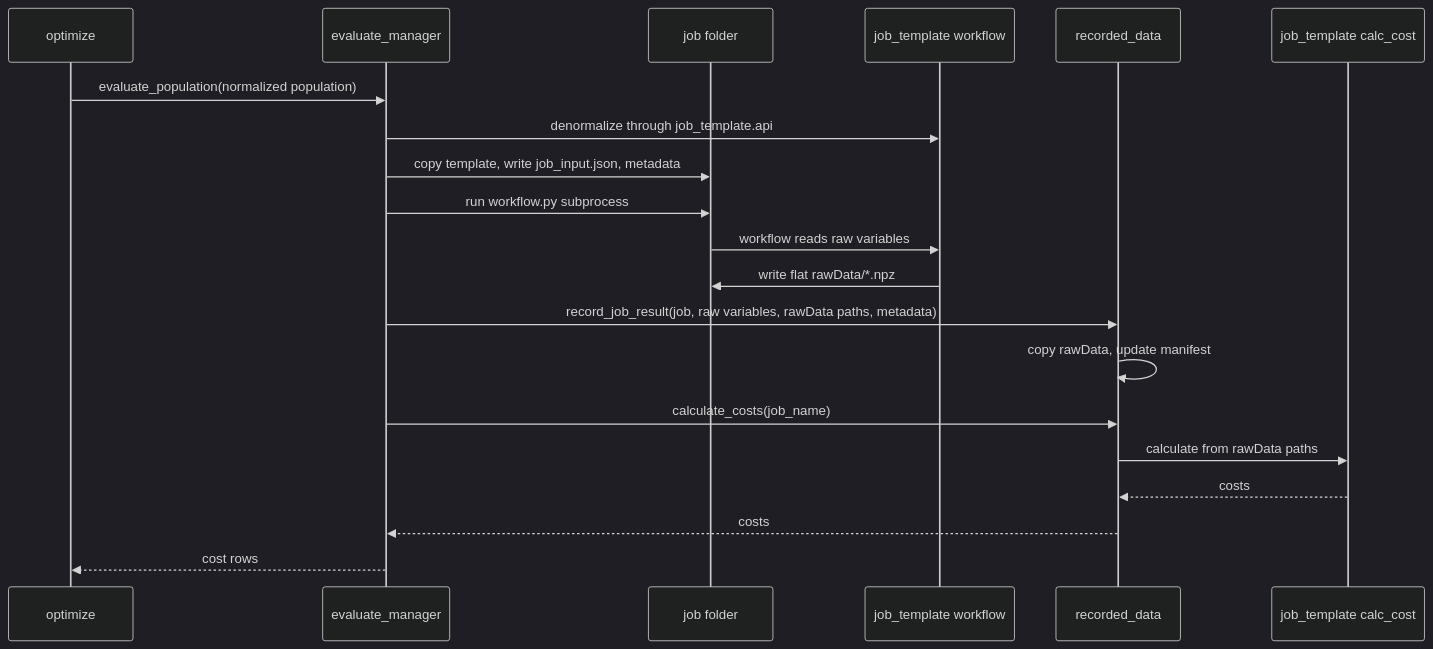
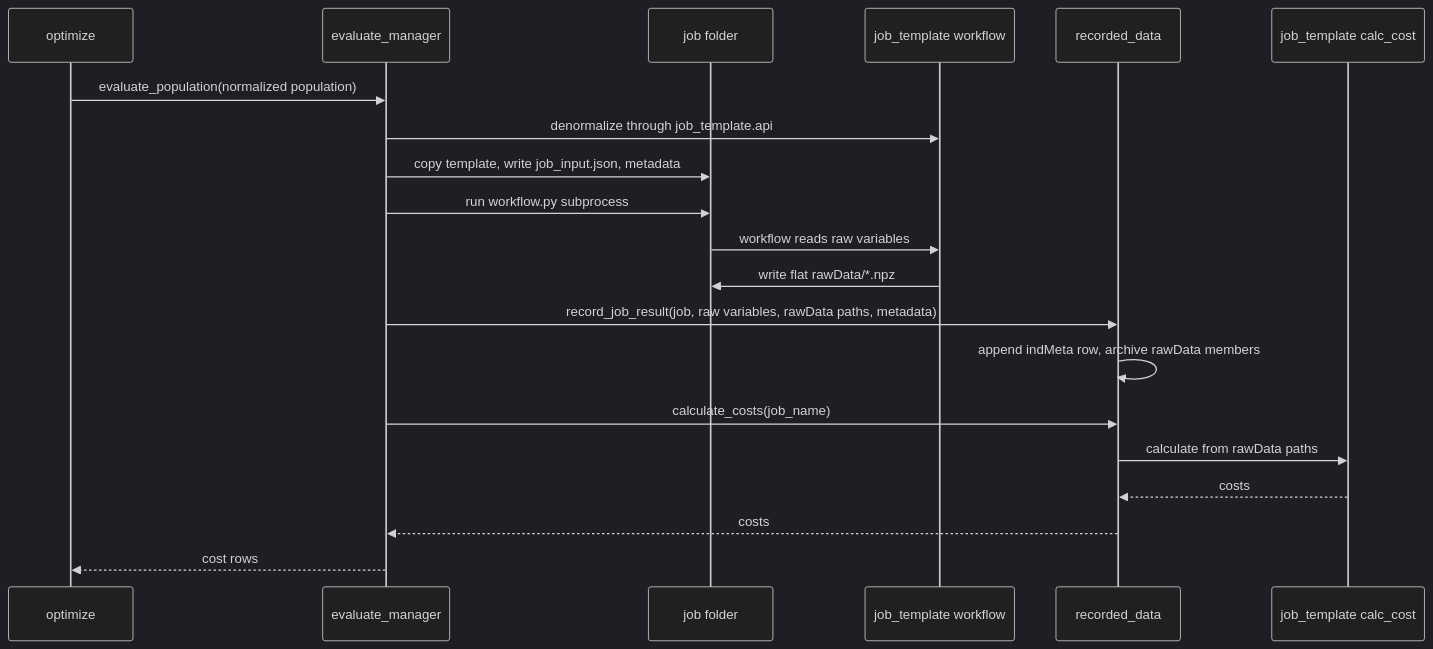
One commit to YS-Pan/yadof changed the first of 2 diagrams in architecture/4plus1_process_view.md. Above: the diagram before and after it, drawn with Mermaid (dark theme). The commit also changed other lines of this file and 26 other files, not shown here.

````diff
--- a/architecture/4plus1_process_view.md
+++ b/architecture/4plus1_process_view.md
@@ -5,23 +5,23 @@
 ```mermaid
 sequenceDiagram
     participant O as optimize
     participant E as evaluate_manager
     participant J as job folder
     participant T as job_template workflow
     participant R as recorded_data
     participant C as job_template calc_cost
 
     O->>E: evaluate_population(normalized population)
     E->>T: denormalize through job_template.api
     E->>J: copy template, write job_input.json, metadata
     E->>J: run workflow.py subprocess
     J->>T: workflow reads raw variables
     T->>J: write flat rawData/*.npz
     E->>R: record_job_result(job, raw variables, rawData paths, metadata)
-    R->>R: copy rawData, update manifest
+    R->>R: append indMeta row, archive rawData members
     E->>R: calculate_costs(job_name)
     R->>C: calculate from rawData paths
     C-->>R: costs
     R-->>E: costs
     E-->>O: cost rows
 ```
````
